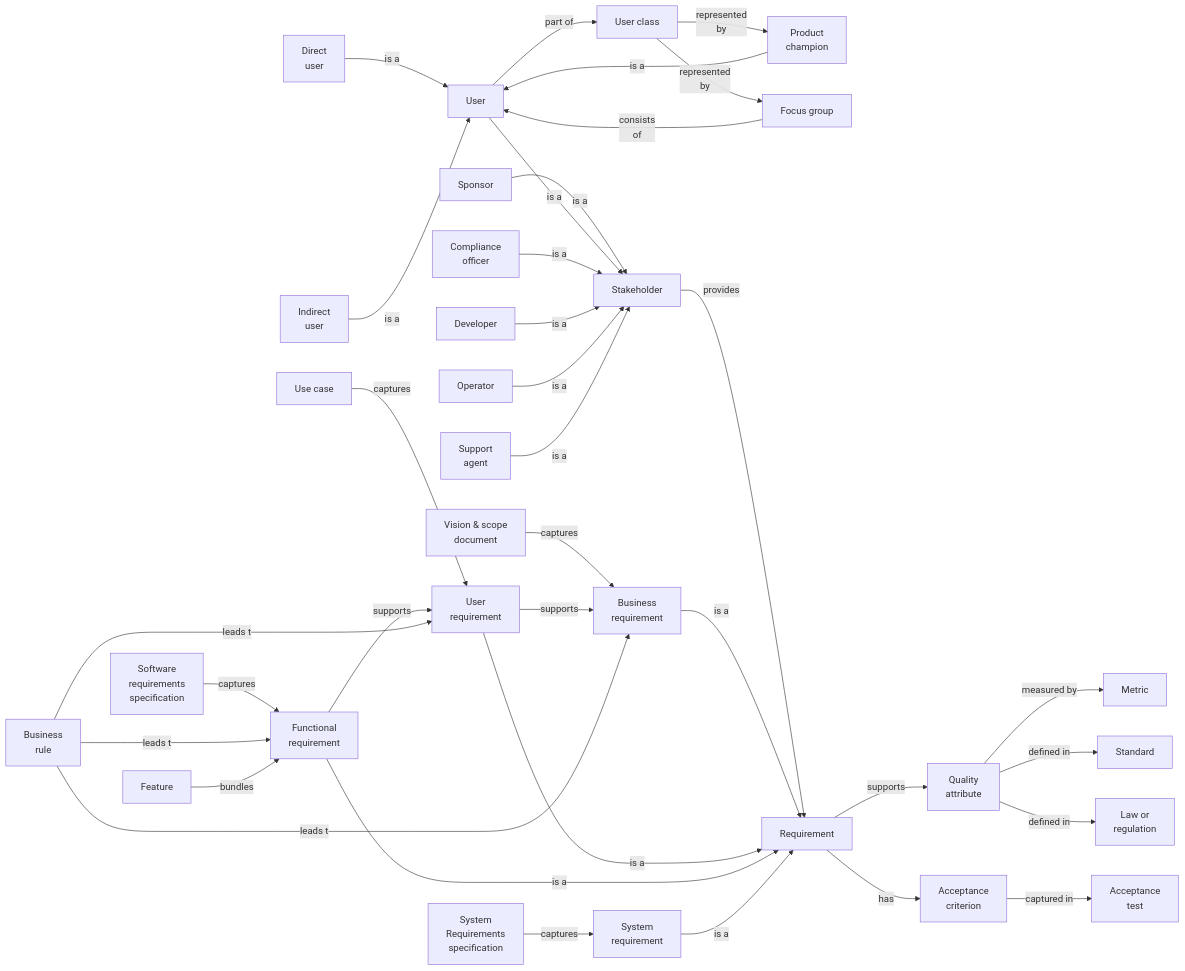
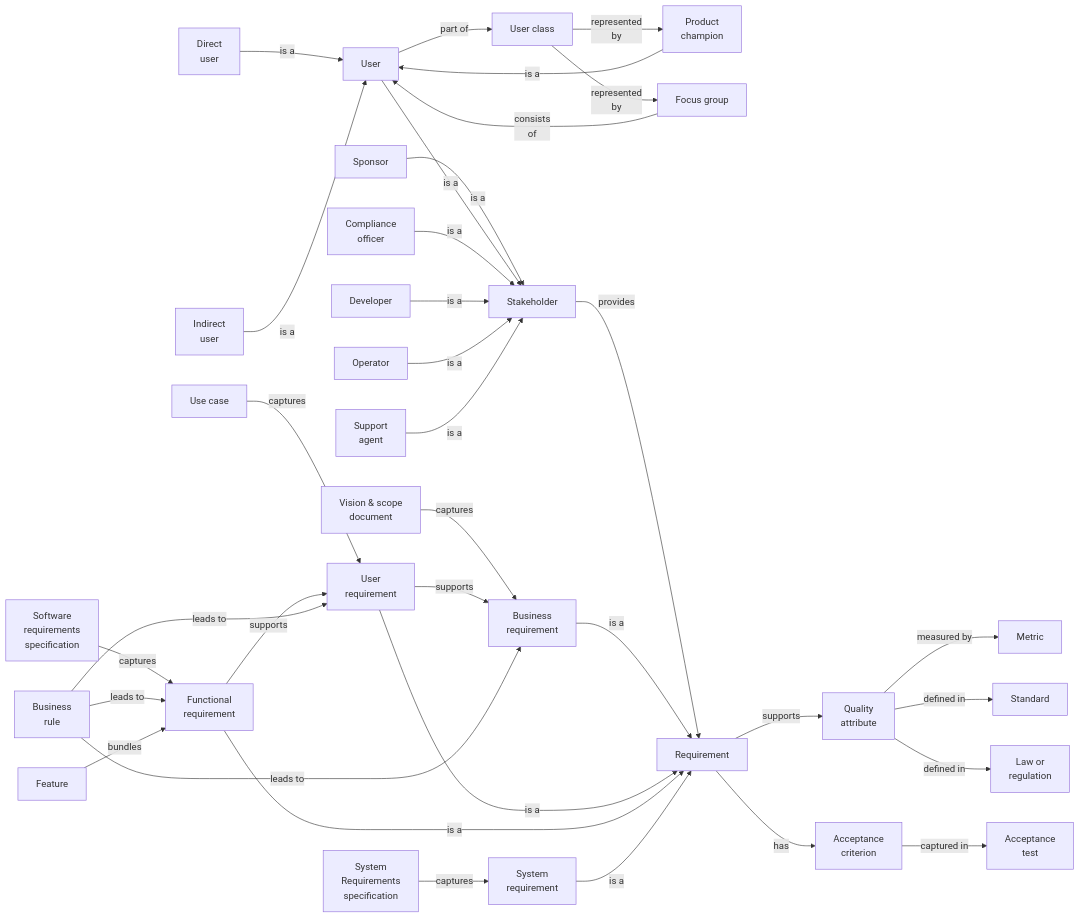
Before and after one commit to setms/book: the diagram in docs/requirements/concepts.md, drawn with Mermaid. The commit also changed 12 other files, not shown here.

````diff
--- a/docs/requirements/concepts.md
+++ b/docs/requirements/concepts.md
@@ -3,64 +3,64 @@
 ```mermaid
 flowchart LR
   Sponsor;
   DU[Direct\nuser]
   IU[Indirect\nuser]
   User;
   Compliance[Compliance\nofficer]
   Illity[Quality\nattribute]
 
   Sponsor --is a--> Stakeholder
   DU --is a--> User
   IU --is a--> User
   User --is a--> Stakeholder
   User --part of--> Class
   Class[User class]
   Class --represented\nby--> Champion
   Champion[Product\nchampion]
   Champion --is a--> User
   Class --represented\nby--> Focus
   Focus[Focus group]
   Focus --consists\nof--> User
   Compliance --is a--> Stakeholder
   Developer --is a--> Stakeholder
   Operator --is a--> Stakeholder
   Support --is a--> Stakeholder
   Support[Support\nagent]
   Stakeholder --provides--> Requirement
   Requirement --supports--> Illity
   Illity --measured by--> Metric
   Illity --defined in--> Standard
   Illity --defined in--> Law
   Law[Law or\nregulation]
   Requirement --has--> AC
   AC[Acceptance\ncriterion]
   AC --captured in--> AT
   AT[Acceptance\ntest]
 
   BR[Business\nrequirement]
   BR --is a--> Requirement
   Vision --captures--> BR
   Vision[Vision & scope\ndocument]
   UR[User\nrequirement]
   UR --is a--> Requirement
   UR --supports--> BR
   UC --captures--> UR
   UC[Use case]
   FR[Functional\nrequirement]
   FR --is a--> Requirement
   FR --supports--> UR
   SRS --captures--> FR
   SRS[Software\nrequirements\nspecification]
 
   System --is a--> Requirement
   System[System\nrequirement]
   SyRS --captures--> System
   SyRS[System\nRequirements\nspecification]
 
   Rule[Business\nrule]
-  Rule --leads to--> BR
-  Rule --leads to--> UR
-  Rule --leads to--> FR
+  Rule --leads to --> BR
+  Rule --leads to --> UR
+  Rule --leads to --> FR
 
   Feature --bundles--> FR
 ```
````
